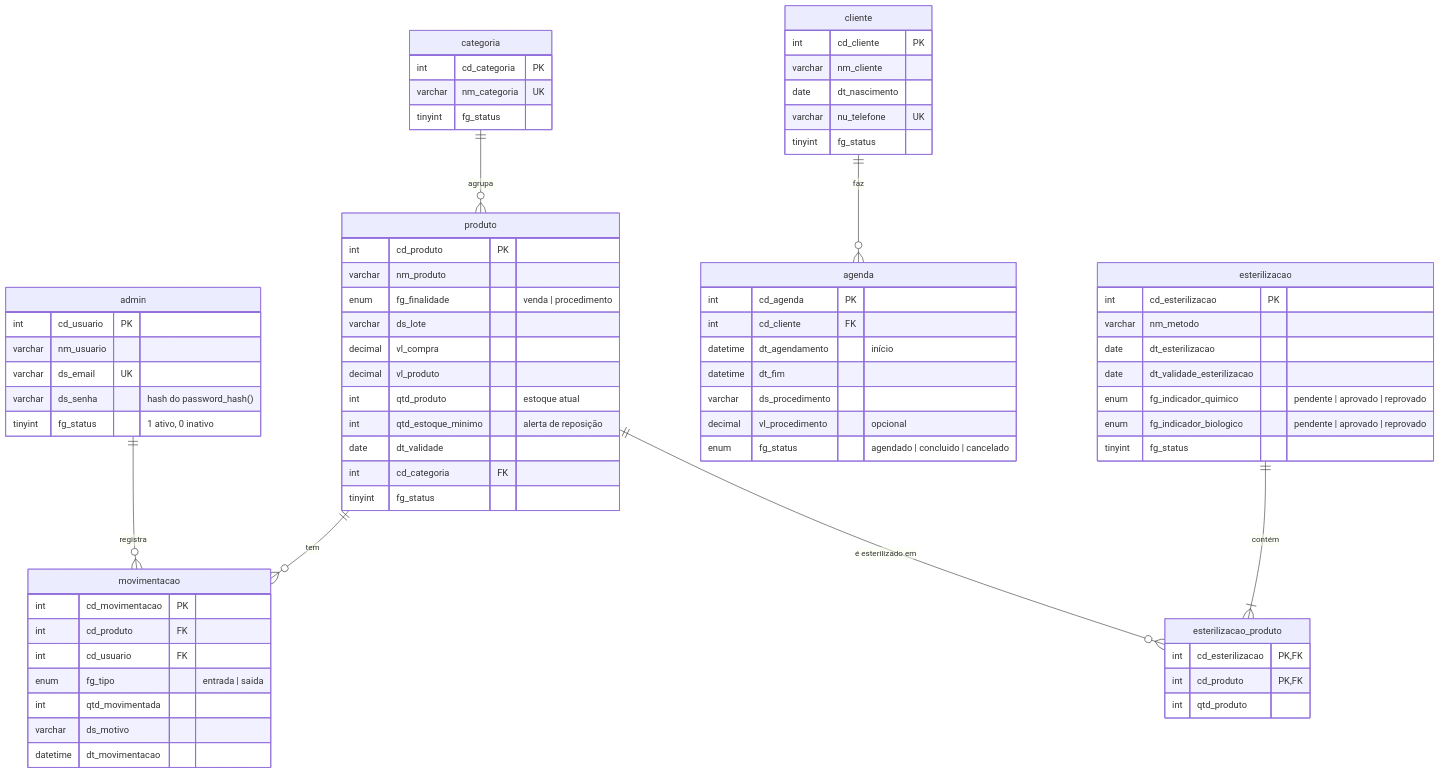
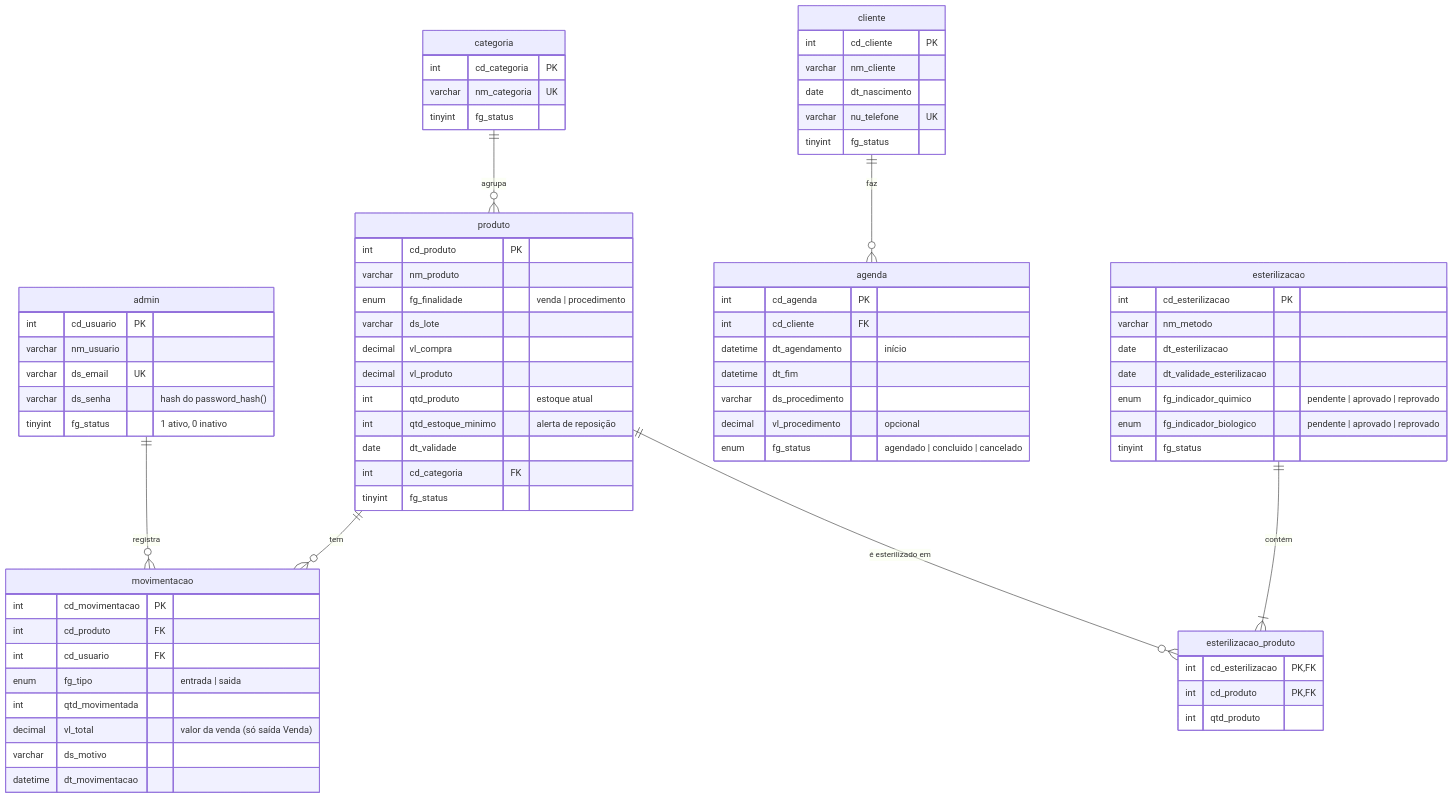
Before and after one commit to nozari-enzo/estoque-agenda-glowbella: the diagram in docs/banco-de-dados.md, drawn with Mermaid. The commit also changed 8 other files, not shown here.

````diff
--- a/docs/banco-de-dados.md
+++ b/docs/banco-de-dados.md
@@ -7,81 +7,82 @@
 ```mermaid
 erDiagram
     categoria ||--o{ produto : "agrupa"
     produto ||--o{ movimentacao : "tem"
     admin ||--o{ movimentacao : "registra"
     cliente ||--o{ agenda : "faz"
     esterilizacao ||--|{ esterilizacao_produto : "contém"
     produto ||--o{ esterilizacao_produto : "é esterilizado em"
 
     admin {
         int cd_usuario PK
         varchar nm_usuario
         varchar ds_email UK
         varchar ds_senha "hash do password_hash()"
         tinyint fg_status "1 ativo, 0 inativo"
     }
 
     categoria {
         int cd_categoria PK
         varchar nm_categoria UK
         tinyint fg_status
     }
 
     cliente {
         int cd_cliente PK
         varchar nm_cliente
         date dt_nascimento
         varchar nu_telefone UK
         tinyint fg_status
     }
 
     produto {
         int cd_produto PK
         varchar nm_produto
         enum fg_finalidade "venda | procedimento"
         varchar ds_lote
         decimal vl_compra
         decimal vl_produto
         int qtd_produto "estoque atual"
         int qtd_estoque_minimo "alerta de reposição"
         date dt_validade
         int cd_categoria FK
         tinyint fg_status
     }
 
     movimentacao {
         int cd_movimentacao PK
         int cd_produto FK
         int cd_usuario FK
         enum fg_tipo "entrada | saida"
         int qtd_movimentada
+        decimal vl_total "valor da venda (só saída Venda)"
         varchar ds_motivo
         datetime dt_movimentacao
     }
 
     agenda {
         int cd_agenda PK
         int cd_cliente FK
         datetime dt_agendamento "início"
         datetime dt_fim
         varchar ds_procedimento
         decimal vl_procedimento "opcional"
         enum fg_status "agendado | concluido | cancelado"
     }
 
     esterilizacao {
         int cd_esterilizacao PK
         varchar nm_metodo
         date dt_esterilizacao
         date dt_validade_esterilizacao
         enum fg_indicador_quimico "pendente | aprovado | reprovado"
         enum fg_indicador_biologico "pendente | aprovado | reprovado"
         tinyint fg_status
     }
 
     esterilizacao_produto {
         int cd_esterilizacao PK, FK
         int cd_produto PK, FK
         int qtd_produto
     }
 ```
````
